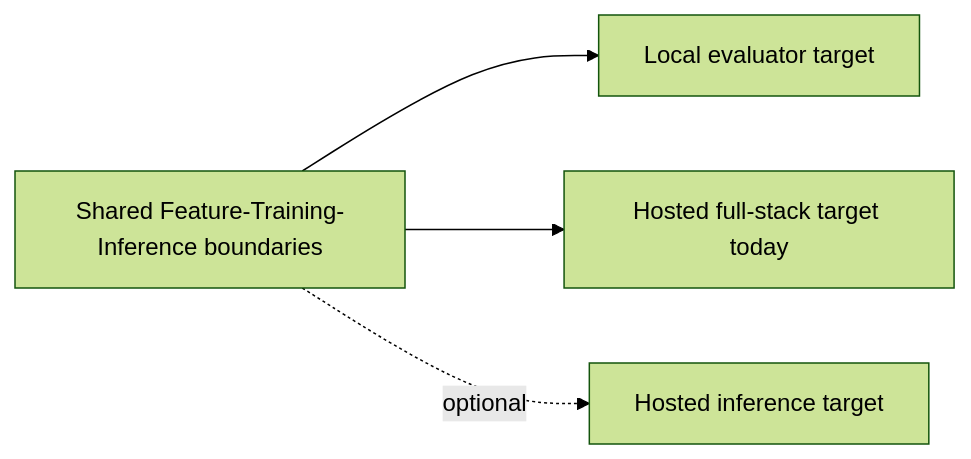
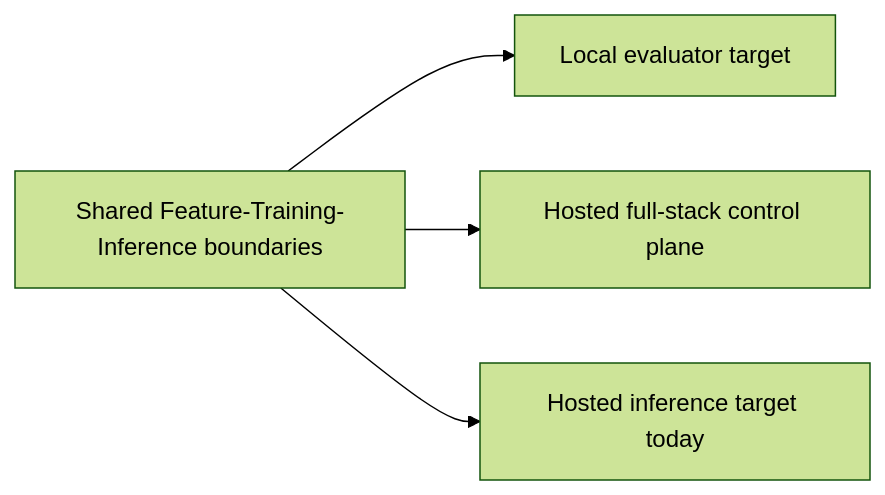
Before and after one commit to javihslu/foehncast: the second of 5 diagrams in docs/site/system/architecture.md, drawn with Mermaid (forest theme). The commit also changed other lines of this file and 15 other files, not shown here.

Commit message:
feat(runtime): promote Cloud Run as primary hosted API

```diff
--- a/docs/site/system/architecture.md
+++ b/docs/site/system/architecture.md
@@ -74,7 +74,7 @@
 <div class="mermaid">
 flowchart LR
     CORE[Shared Feature-Training-Inference boundaries]
     CORE --> LOCAL[Local evaluator target]
-    CORE --> HOST[Hosted full-stack target today]
-    CORE -. optional .-> RUN[Hosted inference target]
+    CORE --> HOST[Hosted full-stack control plane]
+    CORE --> RUN[Hosted inference target today]
 </div>
```
